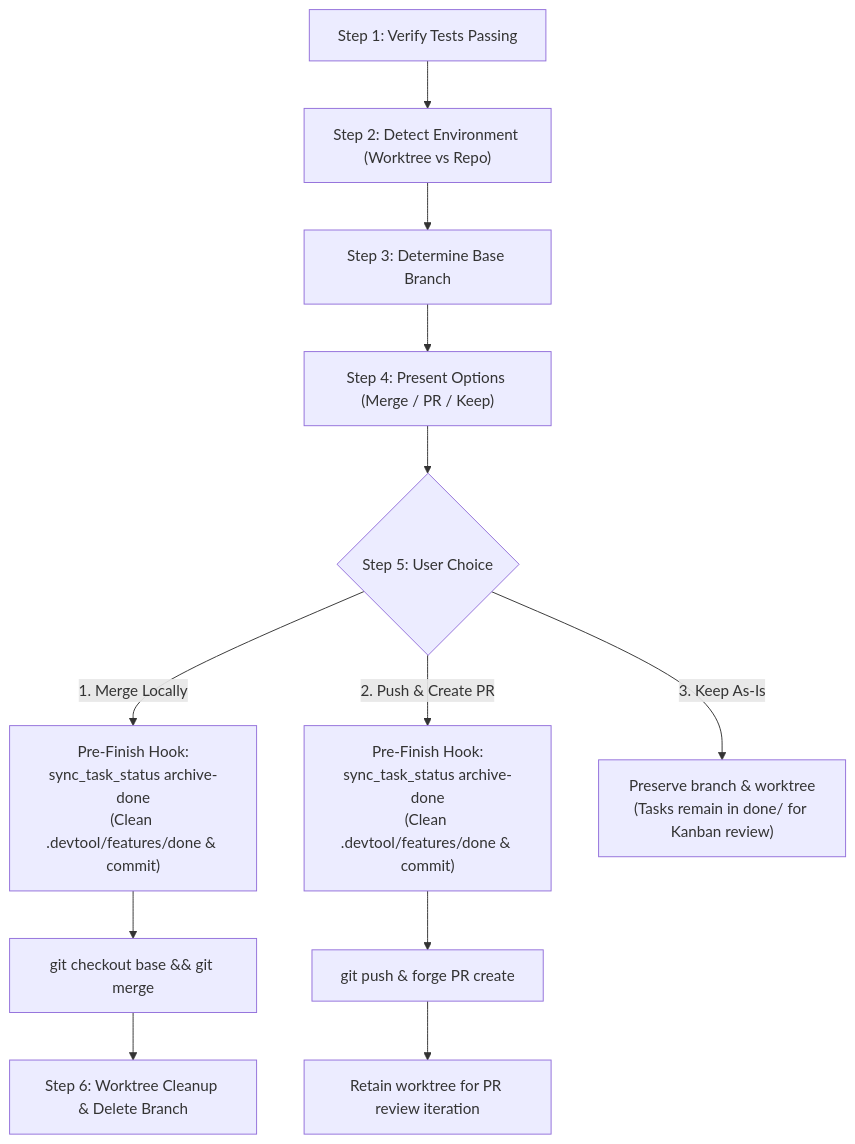
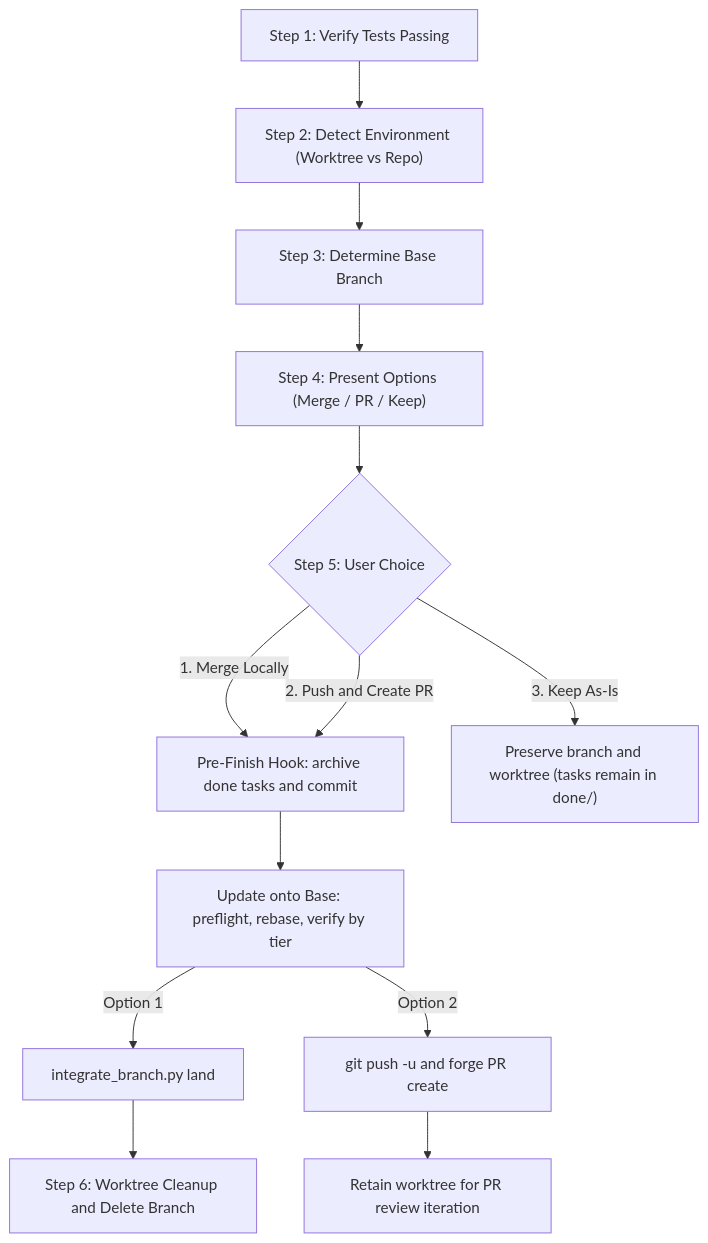
The diagram in skills/finishing-a-development-branch/SKILL.md (DanhDue/ai-agent-tools), drawn with Mermaid before and after one commit. The commit also changed other lines of this file and 1 other file, not shown here.

First line of the commit message:
[FINISHING_BRANCH_REBASE] Rebase and land through the script when finishing

````diff
--- a/skills/finishing-a-development-branch/SKILL.md
+++ b/skills/finishing-a-development-branch/SKILL.md
@@ -14,14 +30,15 @@
 ```mermaid
 flowchart TD
     TESTS["Step 1: Verify Tests Passing"] --> DETECT["Step 2: Detect Environment (Worktree vs Repo)"]
     DETECT --> BASE["Step 3: Determine Base Branch"]
     BASE --> OPTS["Step 4: Present Options (Merge / PR / Keep)"]
     OPTS --> EXEC{"Step 5: User Choice"}
-    EXEC -->|1. Merge Locally| ARCHIVE_1["Pre-Finish Hook:\nsync_task_status archive-done\n(Clean .devtool/features/done & commit)"]
-    EXEC -->|2. Push & Create PR| ARCHIVE_2["Pre-Finish Hook:\nsync_task_status archive-done\n(Clean .devtool/features/done & commit)"]
-    EXEC -->|3. Keep As-Is| KEEP["Preserve branch & worktree\n(Tasks remain in done/ for Kanban review)"]
-    ARCHIVE_1 --> MERGE["git checkout base && git merge"]
-    MERGE --> CLEANUP["Step 6: Worktree Cleanup & Delete Branch"]
-    ARCHIVE_2 --> PUSH["git push & forge PR create"]
+    EXEC -->|"1. Merge Locally"| ARCHIVE["Pre-Finish Hook: archive done tasks and commit"]
+    EXEC -->|"2. Push and Create PR"| ARCHIVE
+    EXEC -->|"3. Keep As-Is"| KEEP["Preserve branch and worktree (tasks remain in done/)"]
+    ARCHIVE --> UPDATE["Update onto Base: preflight, rebase, verify by tier"]
+    UPDATE -->|"Option 1"| LAND["integrate_branch.py land"]
+    UPDATE -->|"Option 2"| PUSH["git push -u and forge PR create"]
+    LAND --> CLEANUP["Step 6: Worktree Cleanup and Delete Branch"]
     PUSH --> RETAIN["Retain worktree for PR review iteration"]
 ```
````
